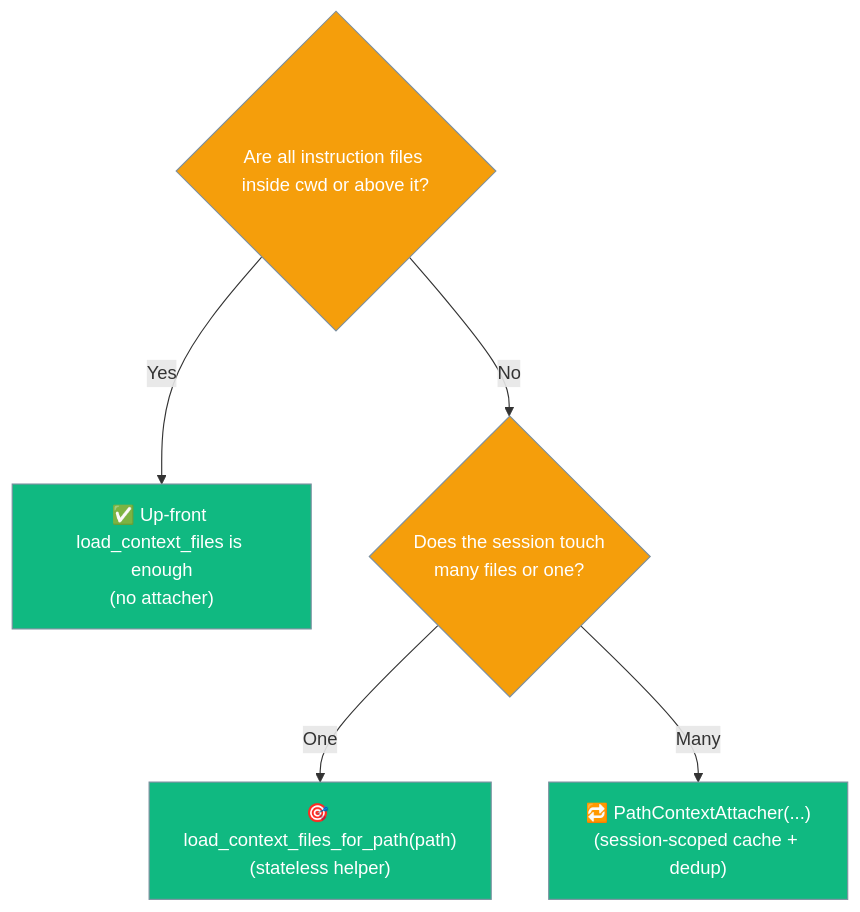
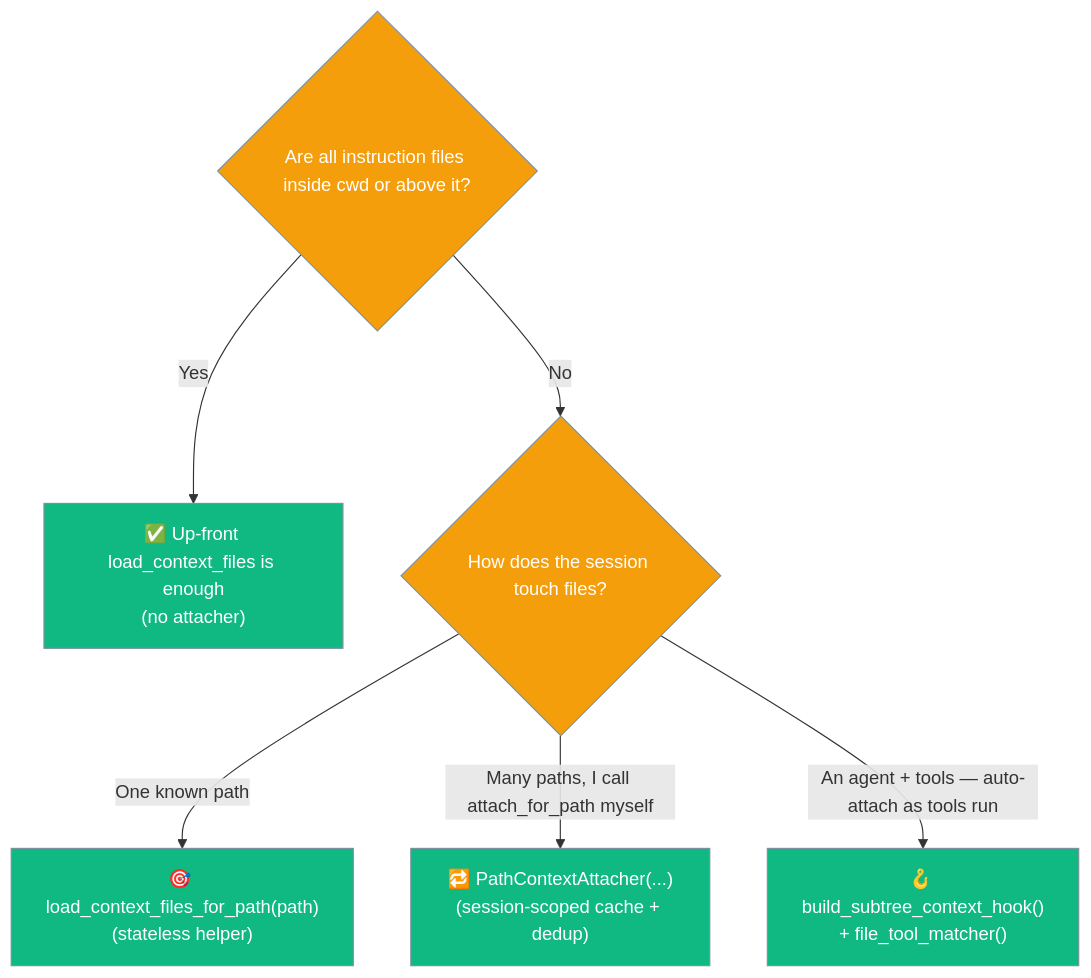
Before and after one commit to MervinPraison/PraisonAIDocs: the fifth of 8 diagrams in docs/features/context-files.mdx, drawn with Mermaid. The commit also changed other lines of this file, not shown here.

Commit message:
docs: document build_subtree_context_hook and file_tool_matcher (fixes #1866)

````diff
--- a/docs/features/context-files.mdx
+++ b/docs/features/context-files.mdx
@@ -222,14 +290,15 @@
 ```mermaid
 graph TB
     Q1{"Are all instruction files inside cwd or above it?"}
     Q1 -->|Yes| UPFRONT["✅ Up-front load_context_files is enough<br/>(no attacher)"]
-    Q1 -->|No| Q2{"Does the session touch<br/>many files or one?"}
-    Q2 -->|One| ONESHOT["🎯 load_context_files_for_path(path)<br/>(stateless helper)"]
-    Q2 -->|Many| CLASS["🔁 PathContextAttacher(...)<br/>(session-scoped cache + dedup)"]
+    Q1 -->|No| Q2{"How does the session touch files?"}
+    Q2 -->|"One known path"| ONESHOT["🎯 load_context_files_for_path(path)<br/>(stateless helper)"]
+    Q2 -->|"Many paths, I call attach_for_path myself"| CLASS["🔁 PathContextAttacher(...)<br/>(session-scoped cache + dedup)"]
+    Q2 -->|"An agent + tools — auto-attach as tools run"| HOOK["🪝 build_subtree_context_hook()<br/>+ file_tool_matcher()"]
 
     classDef q fill:#F59E0B,stroke:#7C90A0,color:#fff
     classDef pick fill:#10B981,stroke:#7C90A0,color:#fff
 
     class Q1,Q2 q
-    class UPFRONT,ONESHOT,CLASS pick
+    class UPFRONT,ONESHOT,CLASS,HOOK pick
 ```
````
